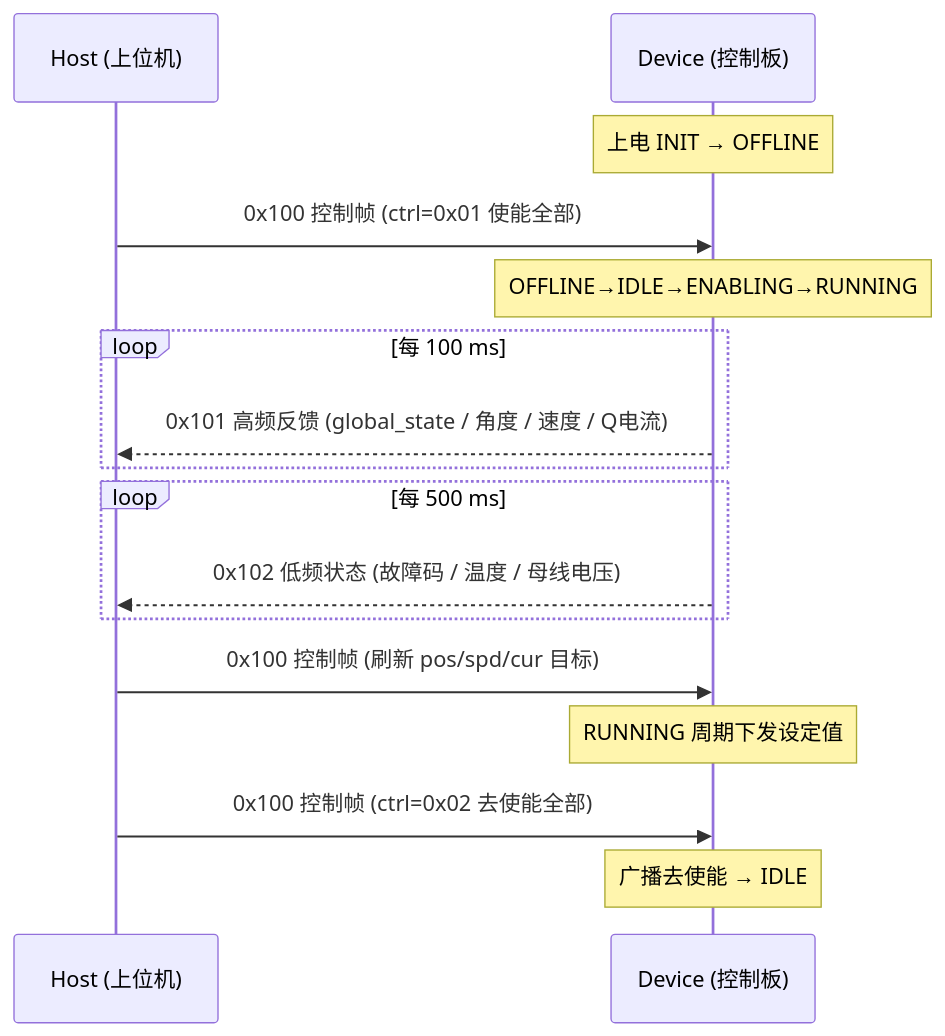
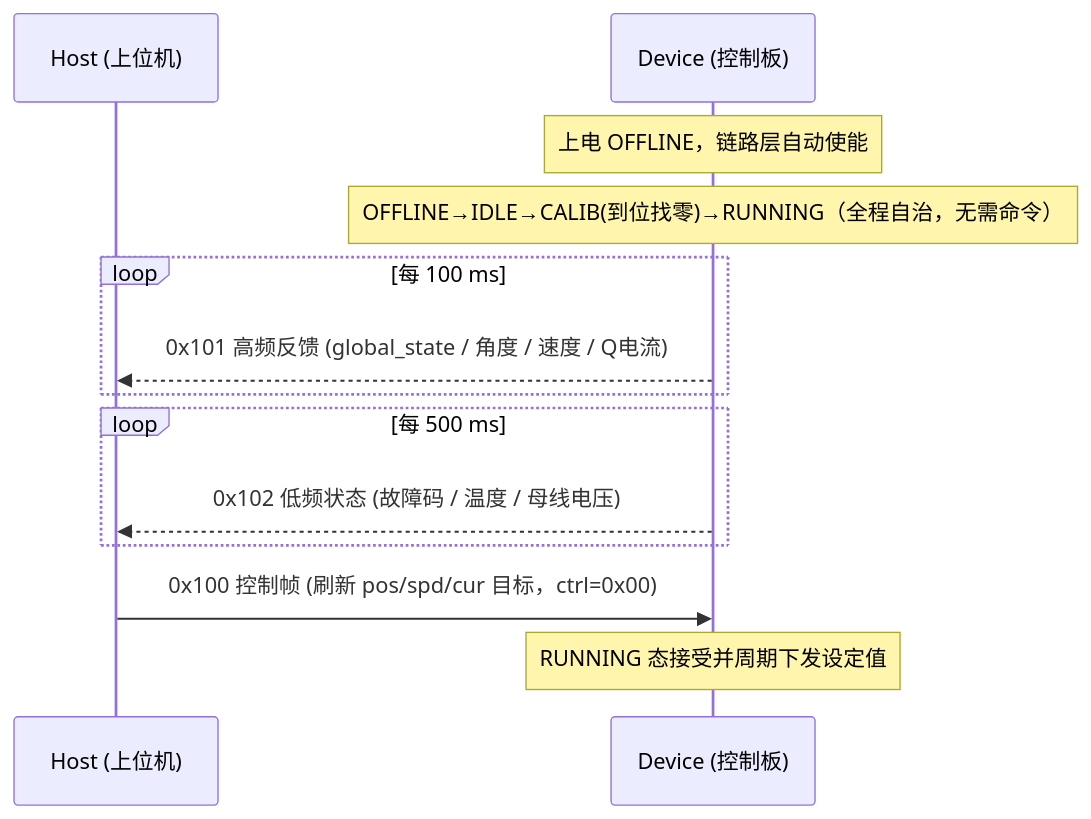
Before and after one commit to fubingyan2026/E1_Hand_G474: the diagram in docs/can_protocol.md, drawn with Mermaid. The commit also changed other lines of this file and 11 other files, not shown here.

````diff
--- a/docs/can_protocol.md
+++ b/docs/can_protocol.md
@@ -182,22 +190,18 @@
 ```mermaid
 sequenceDiagram
     participant H as Host (上位机)
     participant D as Device (控制板)
 
-    Note over D: 上电 INIT → OFFLINE
-    H->>D: 0x100 控制帧 (ctrl=0x01 使能全部)
-    Note over D: OFFLINE→IDLE→ENABLING→RUNNING
+    Note over D: 上电 OFFLINE，链路层自动使能
+    Note over D: OFFLINE→IDLE→CALIB(到位找零)→RUNNING（全程自治，无需命令）
 
     loop 每 100 ms
         D-->>H: 0x101 高频反馈 (global_state / 角度 / 速度 / Q电流)
     end
     loop 每 500 ms
         D-->>H: 0x102 低频状态 (故障码 / 温度 / 母线电压)
     end
 
-    H->>D: 0x100 控制帧 (刷新 pos/spd/cur 目标)
-    Note over D: RUNNING 周期下发设定值
-
-    H->>D: 0x100 控制帧 (ctrl=0x02 去使能全部)
-    Note over D: 广播去使能 → IDLE
+    H->>D: 0x100 控制帧 (刷新 pos/spd/cur 目标，ctrl=0x00)
+    Note over D: RUNNING 态接受并周期下发设定值
 ```
````
